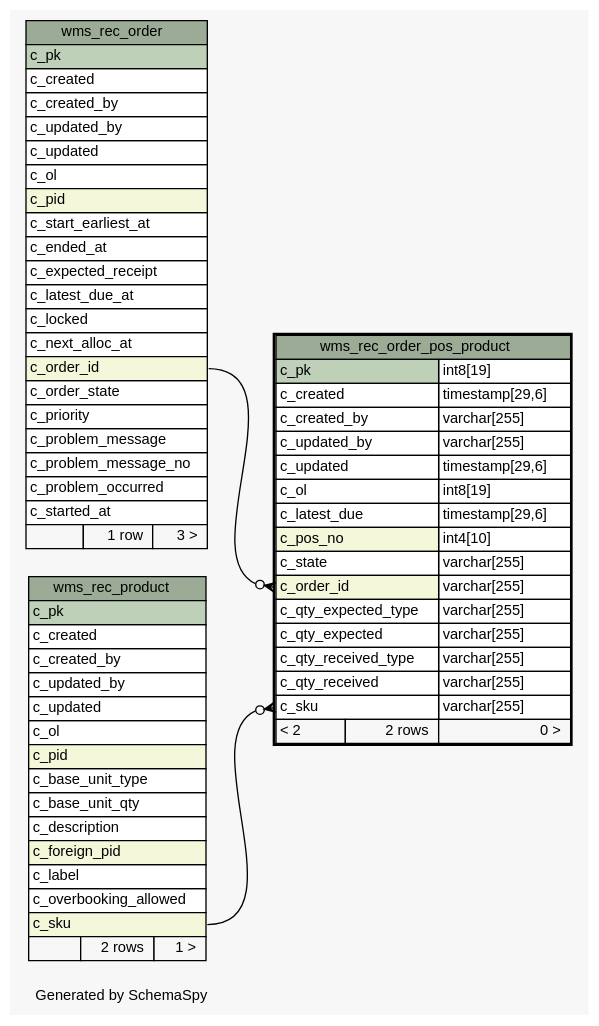
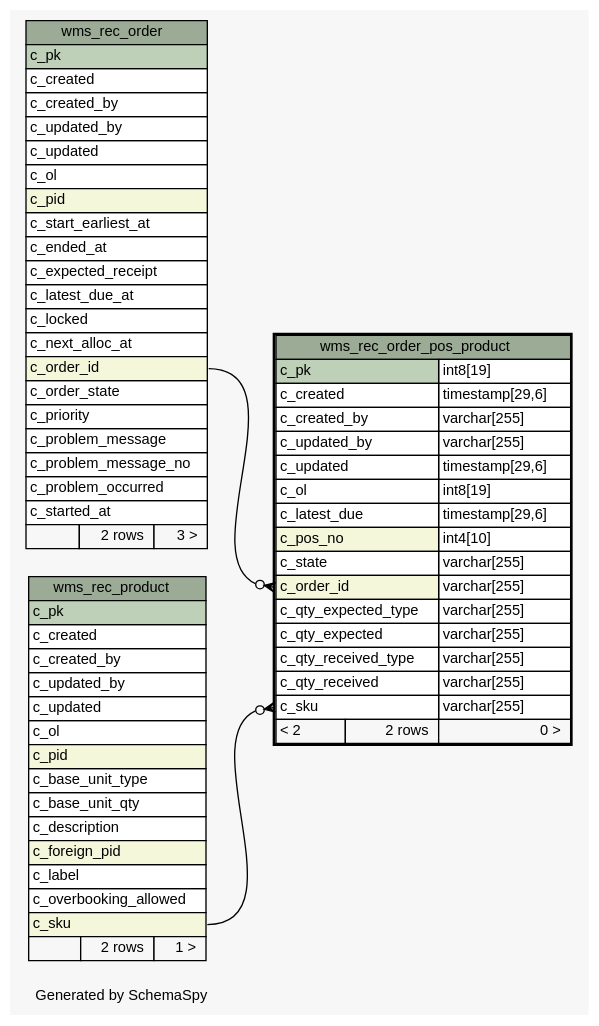
Before and after one commit to openwms/org.openwms.wms.receiving.lib: the diagram in 1.0.0-SNAPSHOT/schemaspy/diagrams/wms_rec_order_pos_product.1degree.dot, drawn with Graphviz. The commit also changed 503 other files, not shown here.

```diff
--- a/1.0.0-SNAPSHOT/schemaspy/diagrams/wms_rec_order_pos_product.1degree.dot
+++ b/1.0.0-SNAPSHOT/schemaspy/diagrams/wms_rec_order_pos_product.1degree.dot
@@ -1,100 +1,100 @@
 // dot 2.43.0 on Linux 5.15.0-1037-azure
 // SchemaSpy rev Unknown
 digraph "oneDegreeRelationshipsDiagram" {
   graph [
     rankdir="RL"
     bgcolor="#f7f7f7"
     label="\nGenerated by SchemaSpy"
     labeljust="l"
     nodesep="0.18"
     ranksep="0.46"
     fontname="Helvetica"
     fontsize="11"
   ];
   node [
     fontname="Helvetica"
     fontsize="11"
     shape="plaintext"
   ];
   edge [
     arrowsize="0.8"
   ];
   "wms_rec_order_pos_product":"c_order_id":w -> "wms_rec_order":"c_order_id":e [arrowhead=none dir=back arrowtail=crowodot];
   "wms_rec_order_pos_product":"c_sku":w -> "wms_rec_product":"c_sku":e [arrowhead=none dir=back arrowtail=crowodot];
   "wms_rec_order" [
     label=<
     <TABLE BORDER="0" CELLBORDER="1" CELLSPACING="0" BGCOLOR="#ffffff">
       <TR><TD COLSPAN="3" BGCOLOR="#9bab96" ALIGN="CENTER">wms_rec_order</TD></TR>
       <TR><TD PORT="c_pk" COLSPAN="3" BGCOLOR="#bed1b8" ALIGN="LEFT">c_pk</TD></TR>
       <TR><TD PORT="c_created" COLSPAN="3" ALIGN="LEFT">c_created</TD></TR>
       <TR><TD PORT="c_created_by" COLSPAN="3" ALIGN="LEFT">c_created_by</TD></TR>
       <TR><TD PORT="c_updated_by" COLSPAN="3" ALIGN="LEFT">c_updated_by</TD></TR>
       <TR><TD PORT="c_updated" COLSPAN="3" ALIGN="LEFT">c_updated</TD></TR>
       <TR><TD PORT="c_ol" COLSPAN="3" ALIGN="LEFT">c_ol</TD></TR>
       <TR><TD PORT="c_pid" COLSPAN="3" BGCOLOR="#f4f7da" ALIGN="LEFT">c_pid</TD></TR>
       <TR><TD PORT="c_start_earliest_at" COLSPAN="3" ALIGN="LEFT">c_start_earliest_at</TD></TR>
       <TR><TD PORT="c_ended_at" COLSPAN="3" ALIGN="LEFT">c_ended_at</TD></TR>
       <TR><TD PORT="c_expected_receipt" COLSPAN="3" ALIGN="LEFT">c_expected_receipt</TD></TR>
       <TR><TD PORT="c_latest_due_at" COLSPAN="3" ALIGN="LEFT">c_latest_due_at</TD></TR>
       <TR><TD PORT="c_locked" COLSPAN="3" ALIGN="LEFT">c_locked</TD></TR>
       <TR><TD PORT="c_next_alloc_at" COLSPAN="3" ALIGN="LEFT">c_next_alloc_at</TD></TR>
       <TR><TD PORT="c_order_id" COLSPAN="3" BGCOLOR="#f4f7da" ALIGN="LEFT">c_order_id</TD></TR>
       <TR><TD PORT="c_order_state" COLSPAN="3" ALIGN="LEFT">c_order_state</TD></TR>
       <TR><TD PORT="c_priority" COLSPAN="3" ALIGN="LEFT">c_priority</TD></TR>
       <TR><TD PORT="c_problem_message" COLSPAN="3" ALIGN="LEFT">c_problem_message</TD></TR>
       <TR><TD PORT="c_problem_message_no" COLSPAN="3" ALIGN="LEFT">c_problem_message_no</TD></TR>
       <TR><TD PORT="c_problem_occurred" COLSPAN="3" ALIGN="LEFT">c_problem_occurred</TD></TR>
       <TR><TD PORT="c_started_at" COLSPAN="3" ALIGN="LEFT">c_started_at</TD></TR>
-      <TR><TD ALIGN="LEFT" BGCOLOR="#f7f7f7">  </TD><TD ALIGN="RIGHT" BGCOLOR="#f7f7f7">1 row</TD><TD ALIGN="RIGHT" BGCOLOR="#f7f7f7">3 &gt;</TD></TR>
+      <TR><TD ALIGN="LEFT" BGCOLOR="#f7f7f7">  </TD><TD ALIGN="RIGHT" BGCOLOR="#f7f7f7">2 rows</TD><TD ALIGN="RIGHT" BGCOLOR="#f7f7f7">3 &gt;</TD></TR>
     </TABLE>>
     URL="wms_rec_order.html"
     tooltip="wms_rec_order"
   ];
   "wms_rec_order_pos_product" [
     label=<
     <TABLE BORDER="2" CELLBORDER="1" CELLSPACING="0" BGCOLOR="#ffffff">
       <TR><TD COLSPAN="3" BGCOLOR="#9bab96" ALIGN="CENTER">wms_rec_order_pos_product</TD></TR>
       <TR><TD PORT="c_pk" COLSPAN="2" BGCOLOR="#bed1b8" ALIGN="LEFT">c_pk</TD><TD PORT="c_pk.type" ALIGN="LEFT">int8[19]</TD></TR>
       <TR><TD PORT="c_created" COLSPAN="2" ALIGN="LEFT">c_created</TD><TD PORT="c_created.type" ALIGN="LEFT">timestamp[29,6]</TD></TR>
       <TR><TD PORT="c_created_by" COLSPAN="2" ALIGN="LEFT">c_created_by</TD><TD PORT="c_created_by.type" ALIGN="LEFT">varchar[255]</TD></TR>
       <TR><TD PORT="c_updated_by" COLSPAN="2" ALIGN="LEFT">c_updated_by</TD><TD PORT="c_updated_by.type" ALIGN="LEFT">varchar[255]</TD></TR>
       <TR><TD PORT="c_updated" COLSPAN="2" ALIGN="LEFT">c_updated</TD><TD PORT="c_updated.type" ALIGN="LEFT">timestamp[29,6]</TD></TR>
       <TR><TD PORT="c_ol" COLSPAN="2" ALIGN="LEFT">c_ol</TD><TD PORT="c_ol.type" ALIGN="LEFT">int8[19]</TD></TR>
       <TR><TD PORT="c_latest_due" COLSPAN="2" ALIGN="LEFT">c_latest_due</TD><TD PORT="c_latest_due.type" ALIGN="LEFT">timestamp[29,6]</TD></TR>
       <TR><TD PORT="c_pos_no" COLSPAN="2" BGCOLOR="#f4f7da" ALIGN="LEFT">c_pos_no</TD><TD PORT="c_pos_no.type" ALIGN="LEFT">int4[10]</TD></TR>
       <TR><TD PORT="c_state" COLSPAN="2" ALIGN="LEFT">c_state</TD><TD PORT="c_state.type" ALIGN="LEFT">varchar[255]</TD></TR>
       <TR><TD PORT="c_order_id" COLSPAN="2" BGCOLOR="#f4f7da" ALIGN="LEFT">c_order_id</TD><TD PORT="c_order_id.type" ALIGN="LEFT">varchar[255]</TD></TR>
       <TR><TD PORT="c_qty_expected_type" COLSPAN="2" ALIGN="LEFT">c_qty_expected_type</TD><TD PORT="c_qty_expected_type.type" ALIGN="LEFT">varchar[255]</TD></TR>
       <TR><TD PORT="c_qty_expected" COLSPAN="2" ALIGN="LEFT">c_qty_expected</TD><TD PORT="c_qty_expected.type" ALIGN="LEFT">varchar[255]</TD></TR>
       <TR><TD PORT="c_qty_received_type" COLSPAN="2" ALIGN="LEFT">c_qty_received_type</TD><TD PORT="c_qty_received_type.type" ALIGN="LEFT">varchar[255]</TD></TR>
       <TR><TD PORT="c_qty_received" COLSPAN="2" ALIGN="LEFT">c_qty_received</TD><TD PORT="c_qty_received.type" ALIGN="LEFT">varchar[255]</TD></TR>
       <TR><TD PORT="c_sku" COLSPAN="2" ALIGN="LEFT">c_sku</TD><TD PORT="c_sku.type" ALIGN="LEFT">varchar[255]</TD></TR>
       <TR><TD ALIGN="LEFT" BGCOLOR="#f7f7f7">&lt; 2</TD><TD ALIGN="RIGHT" BGCOLOR="#f7f7f7">2 rows</TD><TD ALIGN="RIGHT" BGCOLOR="#f7f7f7">0 &gt;</TD></TR>
     </TABLE>>
     URL="wms_rec_order_pos_product.html"
     tooltip="wms_rec_order_pos_product"
   ];
   "wms_rec_product" [
     label=<
     <TABLE BORDER="0" CELLBORDER="1" CELLSPACING="0" BGCOLOR="#ffffff">
       <TR><TD COLSPAN="3" BGCOLOR="#9bab96" ALIGN="CENTER">wms_rec_product</TD></TR>
       <TR><TD PORT="c_pk" COLSPAN="3" BGCOLOR="#bed1b8" ALIGN="LEFT">c_pk</TD></TR>
       <TR><TD PORT="c_created" COLSPAN="3" ALIGN="LEFT">c_created</TD></TR>
       <TR><TD PORT="c_created_by" COLSPAN="3" ALIGN="LEFT">c_created_by</TD></TR>
       <TR><TD PORT="c_updated_by" COLSPAN="3" ALIGN="LEFT">c_updated_by</TD></TR>
       <TR><TD PORT="c_updated" COLSPAN="3" ALIGN="LEFT">c_updated</TD></TR>
       <TR><TD PORT="c_ol" COLSPAN="3" ALIGN="LEFT">c_ol</TD></TR>
       <TR><TD PORT="c_pid" COLSPAN="3" BGCOLOR="#f4f7da" ALIGN="LEFT">c_pid</TD></TR>
       <TR><TD PORT="c_base_unit_type" COLSPAN="3" ALIGN="LEFT">c_base_unit_type</TD></TR>
       <TR><TD PORT="c_base_unit_qty" COLSPAN="3" ALIGN="LEFT">c_base_unit_qty</TD></TR>
       <TR><TD PORT="c_description" COLSPAN="3" ALIGN="LEFT">c_description</TD></TR>
       <TR><TD PORT="c_foreign_pid" COLSPAN="3" BGCOLOR="#f4f7da" ALIGN="LEFT">c_foreign_pid</TD></TR>
       <TR><TD PORT="c_label" COLSPAN="3" ALIGN="LEFT">c_label</TD></TR>
       <TR><TD PORT="c_overbooking_allowed" COLSPAN="3" ALIGN="LEFT">c_overbooking_allowed</TD></TR>
       <TR><TD PORT="c_sku" COLSPAN="3" BGCOLOR="#f4f7da" ALIGN="LEFT">c_sku</TD></TR>
       <TR><TD ALIGN="LEFT" BGCOLOR="#f7f7f7">  </TD><TD ALIGN="RIGHT" BGCOLOR="#f7f7f7">2 rows</TD><TD ALIGN="RIGHT" BGCOLOR="#f7f7f7">1 &gt;</TD></TR>
     </TABLE>>
     URL="wms_rec_product.html"
     tooltip="wms_rec_product"
   ];
 }
```
